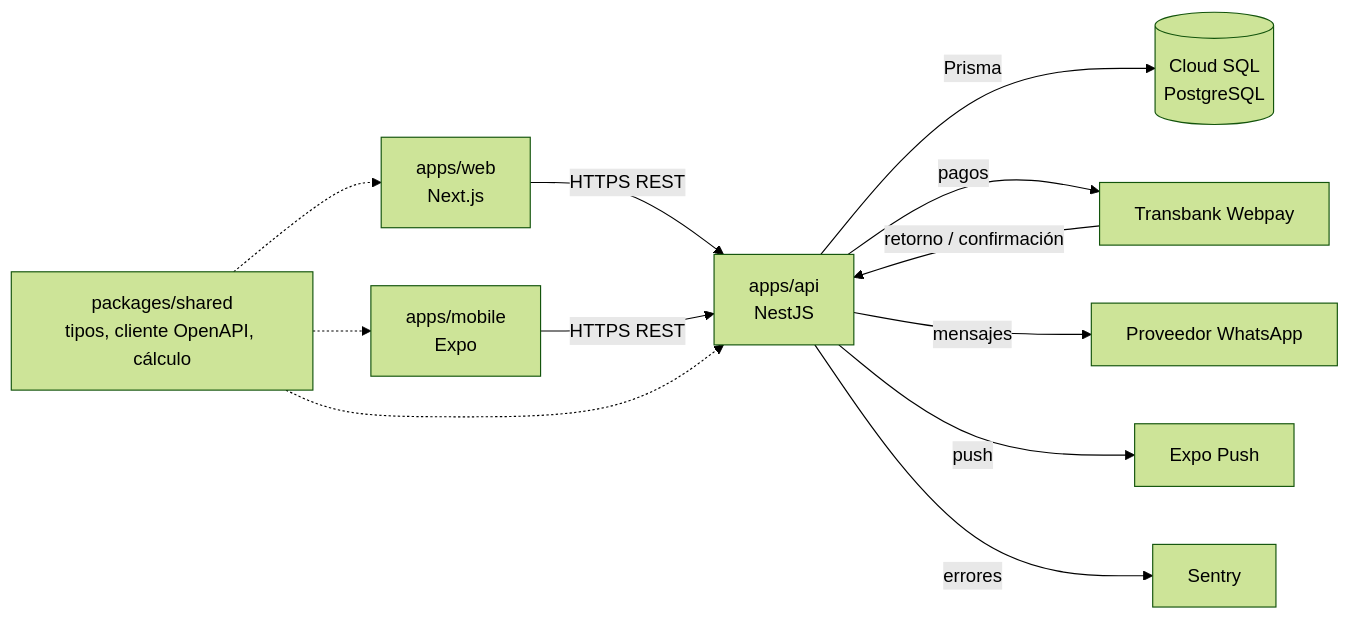
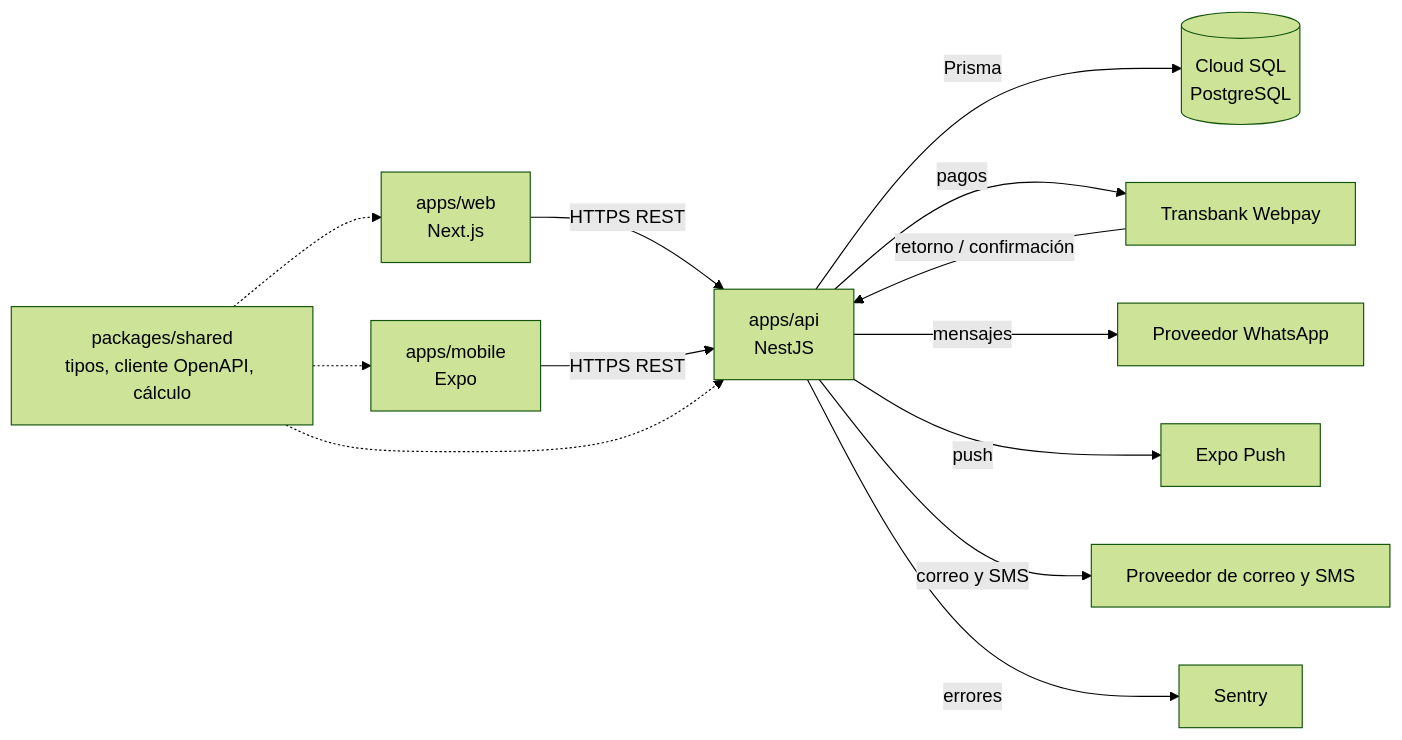
The first of 2 diagrams in docs/arquitectura.md (misterexcel/ComVive), drawn with Mermaid (forest theme) before and after one commit. The commit also changed other lines of this file and 17 other files, not shown here.

First line of the commit message:
docs: resolve design review 3 across spec, architecture, design and QA

````diff
--- a/docs/arquitectura.md
+++ b/docs/arquitectura.md
@@ -23,14 +23,15 @@
 ```mermaid
 flowchart LR
   W[apps/web<br/>Next.js] -->|HTTPS REST| A[apps/api<br/>NestJS]
   M[apps/mobile<br/>Expo] -->|HTTPS REST| A
   S[packages/shared<br/>tipos, cliente OpenAPI, cálculo] -.-> W
   S -.-> M
   S -.-> A
   A -->|Prisma| DB[(Cloud SQL<br/>PostgreSQL)]
   A -->|pagos| TB[Transbank Webpay]
   A -->|mensajes| WA[Proveedor WhatsApp]
   A -->|push| EX[Expo Push]
+  A -->|correo y SMS| EM[Proveedor de correo y SMS]
   A -->|errores| SE[Sentry]
   TB -->|retorno / confirmación| A
 ```
````
